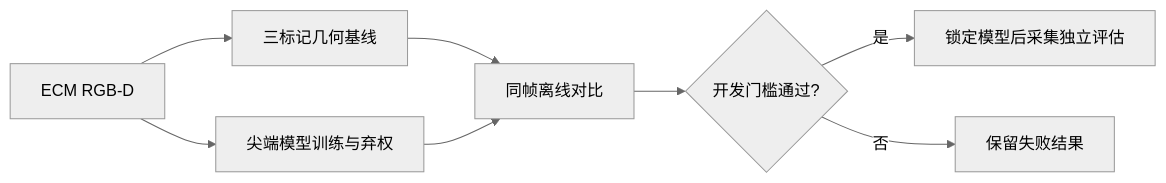
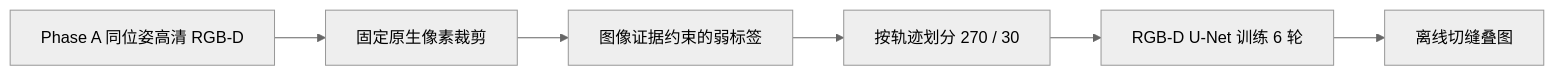
One commit to Krist21a/davinci-multiarm-rcm-simulation changed the first of 2 diagrams in README.md. Above: the diagram before and after it, drawn with Mermaid (neutral theme). The commit also changed other lines of this file and 21 other files, not shown here.

````diff
--- a/README.md
+++ b/README.md
@@ -33,10 +33,8 @@
 ```mermaid
 flowchart LR
-    I[ECM RGB-D] --> B[三标记几何基线]
-    I --> M[尖端模型训练与弃权]
-    B --> E[同帧离线对比]
-    M --> E
-    E --> G{开发门槛通过?}
-    G -->|是| H[锁定模型后采集独立评估]
-    G -->|否| R[保留失败结果]
+    A[Phase A 同位姿高清 RGB-D] --> B[固定原生像素裁剪]
+    B --> C[图像证据约束的弱标签]
+    C --> D[按轨迹划分 270 / 30]
+    D --> E[RGB-D U-Net 训练 6 轮]
+    E --> F[离线切缝叠图]
 ```
````
